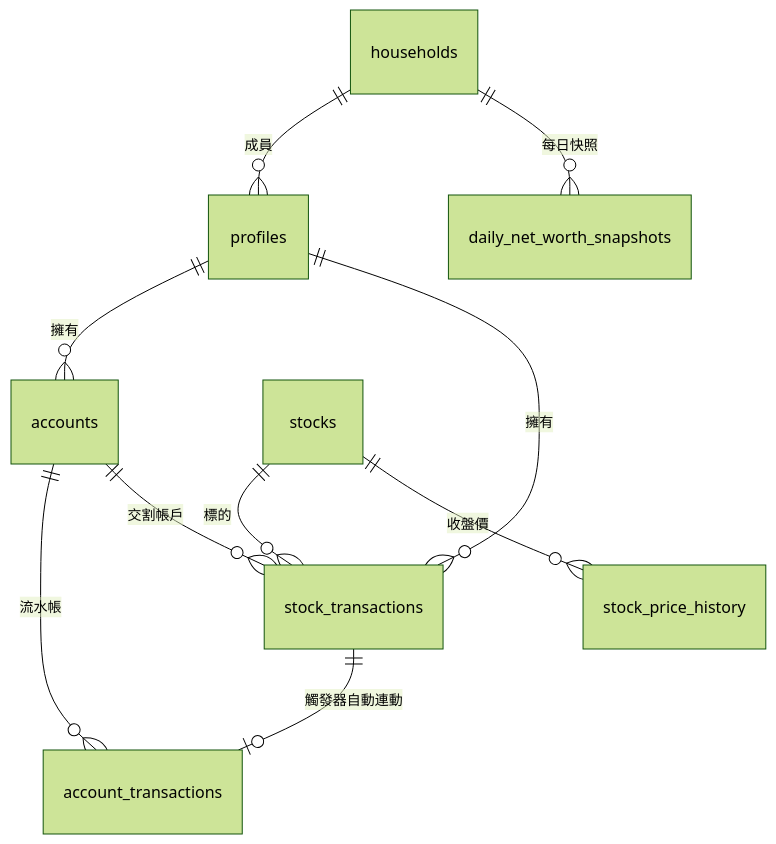
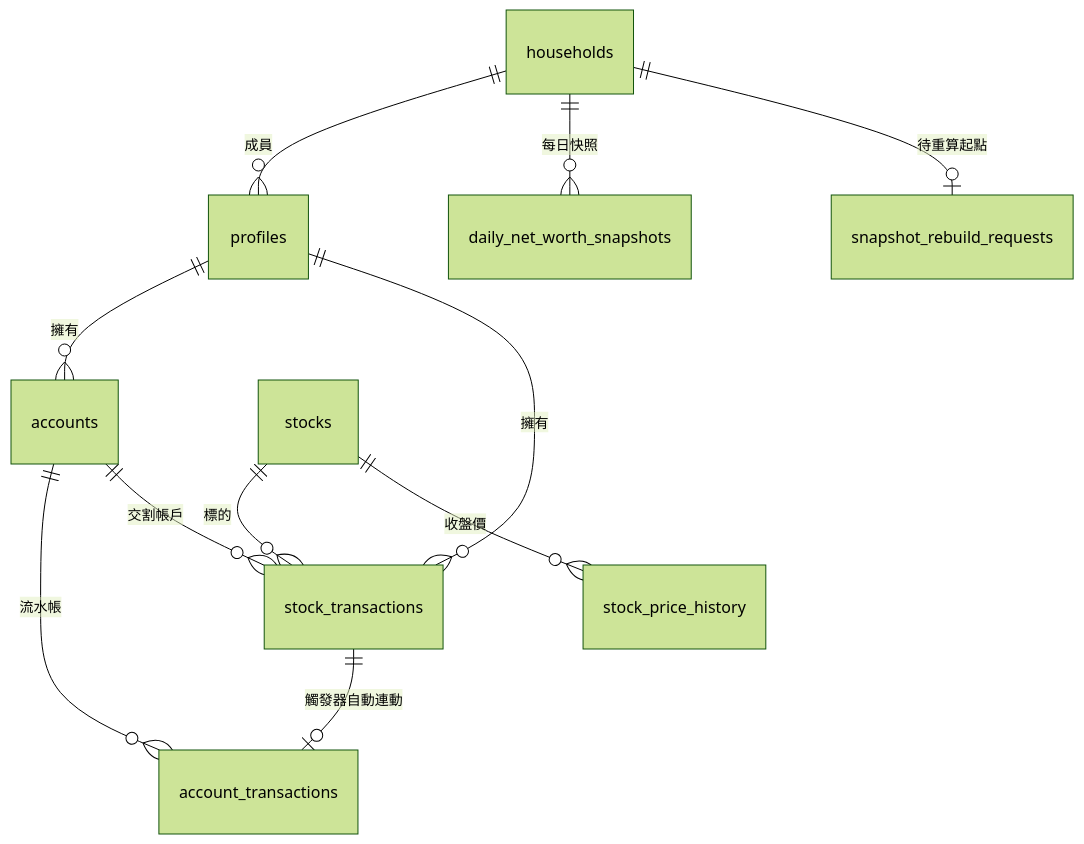
The second of 6 diagrams in docs/技術文件.md (Kent6682/NetWorthy), drawn with Mermaid (forest theme) before and after one commit. The commit also changed other lines of this file and 4 other files, not shown here.

````diff
--- a/docs/技術文件.md
+++ b/docs/技術文件.md
@@ -44,12 +44,13 @@
 ```mermaid
 erDiagram
   households ||--o{ profiles : "成員"
   profiles ||--o{ accounts : "擁有"
   profiles ||--o{ stock_transactions : "擁有"
   accounts ||--o{ account_transactions : "流水帳"
   accounts ||--o{ stock_transactions : "交割帳戶"
   stocks ||--o{ stock_transactions : "標的"
   stocks ||--o{ stock_price_history : "收盤價"
   households ||--o{ daily_net_worth_snapshots : "每日快照"
+  households ||--o| snapshot_rebuild_requests : "待重算起點"
   stock_transactions ||--o| account_transactions : "觸發器自動連動"
 ```
````
